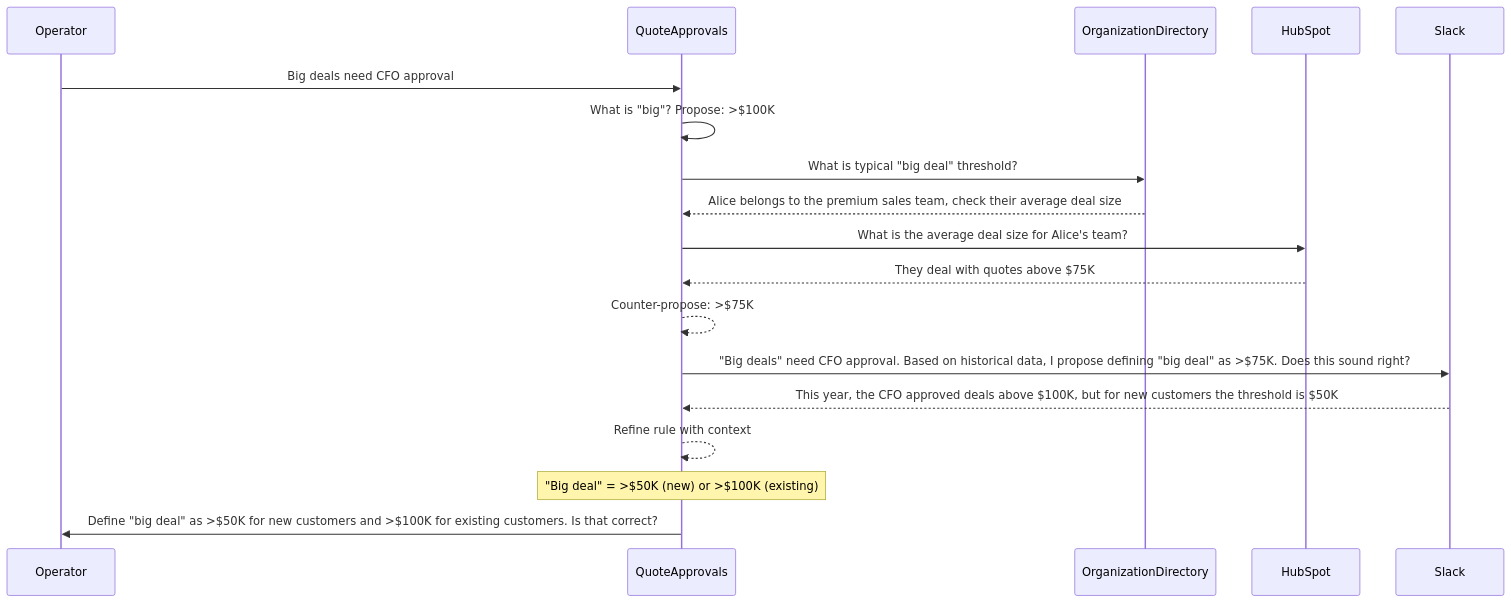
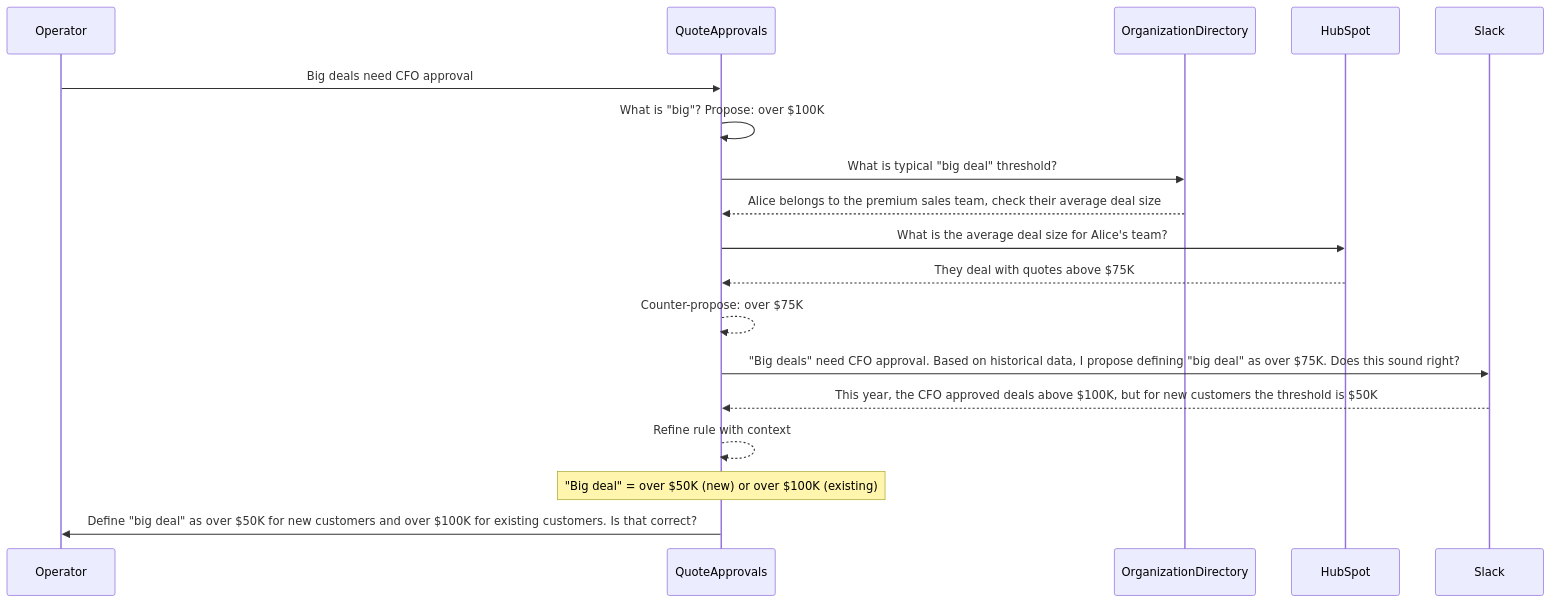
Diagram 16 of 16 in examples/deal-desk-manage-hubspot-quote-approvals-slack.md (asafam/programmable-online-llm-objects), drawn with Mermaid before and after one commit. The commit also changed other lines of this file and 3 other files, not shown here.

First line of the commit message:
examples: add stateful (value-dependent) scenarios for 3 Zapier flows

````diff
--- a/examples/deal-desk-manage-hubspot-quote-approvals-slack.md
+++ b/examples/deal-desk-manage-hubspot-quote-approvals-slack.md
@@ -417,18 +466,18 @@
 ```mermaid
 sequenceDiagram
   participant Operator
   participant QuoteApprovals
 
   Operator->>QuoteApprovals: Big deals need CFO approval
-  QuoteApprovals->>QuoteApprovals: What is "big"? Propose: >$100K
+  QuoteApprovals->>QuoteApprovals: What is "big"? Propose: over $100K
   QuoteApprovals->>OrganizationDirectory: What is typical "big deal" threshold?
   OrganizationDirectory-->>QuoteApprovals: Alice belongs to the premium sales team, check their average deal size
   QuoteApprovals->>HubSpot: What is the average deal size for Alice's team?
   HubSpot-->>QuoteApprovals: They deal with quotes above $75K
-  QuoteApprovals-->>QuoteApprovals: Counter-propose: >$75K
-  QuoteApprovals->>Slack: "Big deals" need CFO approval. Based on historical data, I propose defining "big deal" as >$75K. Does this sound right?
+  QuoteApprovals-->>QuoteApprovals: Counter-propose: over $75K
+  QuoteApprovals->>Slack: "Big deals" need CFO approval. Based on historical data, I propose defining "big deal" as over $75K. Does this sound right?
   Slack-->>QuoteApprovals: This year, the CFO approved deals above $100K, but for new customers the threshold is $50K
   QuoteApprovals-->>QuoteApprovals: Refine rule with context
-  Note over QuoteApprovals: "Big deal" = >$50K (new) or >$100K (existing)
-  QuoteApprovals->>Operator: Define "big deal" as >$50K for new customers and >$100K for existing customers. Is that correct?
+  Note over QuoteApprovals: "Big deal" = over $50K (new) or over $100K (existing)
+  QuoteApprovals->>Operator: Define "big deal" as over $50K for new customers and over $100K for existing customers. Is that correct?
 ```
````
